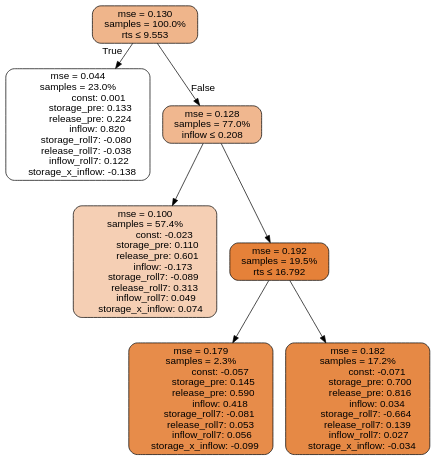
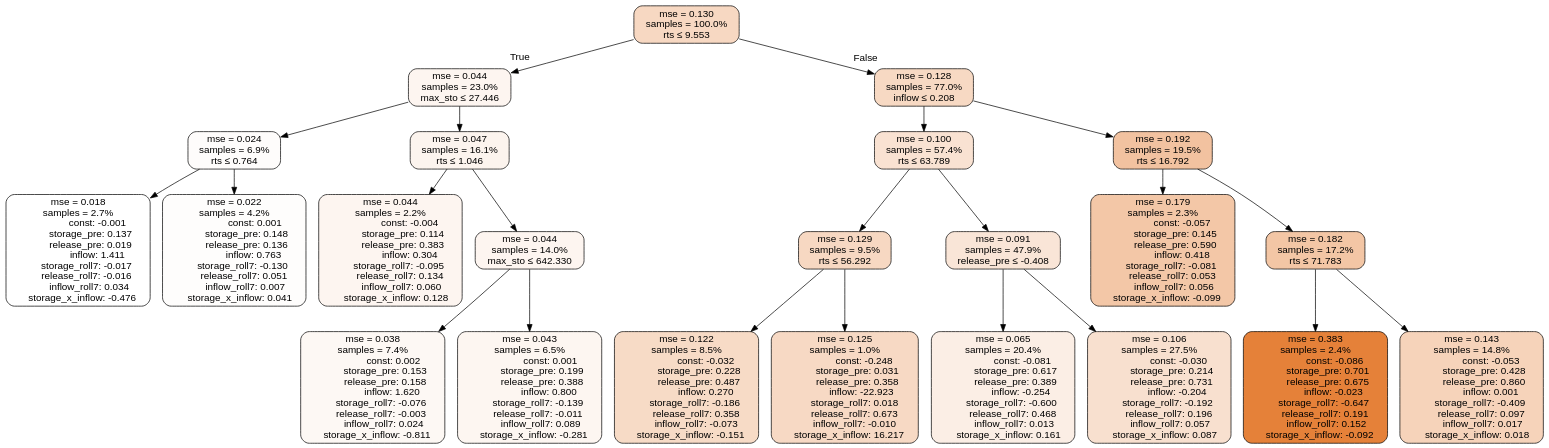
Before and after one commit to lcford2/predict-release: the diagram in results/tclr_model/all/TD4_RT_MS_exhaustive/tree.dot, drawn with Graphviz. The commit also changed 2 other files, not shown here.

```diff
--- a/results/tclr_model/all/TD4_RT_MS_exhaustive/tree.dot
+++ b/results/tclr_model/all/TD4_RT_MS_exhaustive/tree.dot
@@ -1,61 +1,181 @@
 digraph tree {
 bgcolor="transparent"
 node [shape=rectangle, style="filled, rounded", color="black", fontname=helvetica] ;
 edge [fontname=helvetica] ;
 	"0" [label="mse = 0.130
 samples = 100.0%
-rts &le; 9.553", fillcolor="#efb58b"]
+rts &le; 9.553", fillcolor="#f7d8c2"]
 	"1" [label="mse = 0.044
 samples = 23.0%
+max_sto &le; 27.446", fillcolor="#fdf5f0"]
+	"2" [label="mse = 0.024
+samples = 6.9%
+rts &le; 0.764", fillcolor="#fefcfb"]
+	"3" [label="mse = 0.018
+samples = 2.7%
+               const: -0.001
+          storage_pre: 0.137
+          release_pre: 0.019
+               inflow: 1.411
+       storage_roll7: -0.017
+       release_roll7: -0.016
+         inflow_roll7: 0.034
+    storage_x_inflow: -0.476", fillcolor="#ffffff"]
+	"4" [label="mse = 0.022
+samples = 4.2%
                 const: 0.001
-          storage_pre: 0.133
-          release_pre: 0.224
-               inflow: 0.820
-       storage_roll7: -0.080
-       release_roll7: -0.038
-         inflow_roll7: 0.122
-    storage_x_inflow: -0.138", fillcolor="#ffffff"]
-	"2" [label="mse = 0.128
+          storage_pre: 0.148
+          release_pre: 0.136
+               inflow: 0.763
+       storage_roll7: -0.130
+        release_roll7: 0.051
+         inflow_roll7: 0.007
+     storage_x_inflow: 0.041", fillcolor="#fefdfc"]
+	"5" [label="mse = 0.047
+samples = 16.1%
+rts &le; 1.046", fillcolor="#fcf4ee"]
+	"6" [label="mse = 0.044
+samples = 2.2%
+               const: -0.004
+          storage_pre: 0.114
+          release_pre: 0.383
+               inflow: 0.304
+       storage_roll7: -0.095
+        release_roll7: 0.134
+         inflow_roll7: 0.060
+     storage_x_inflow: 0.128", fillcolor="#fdf5f0"]
+	"7" [label="mse = 0.044
+samples = 14.0%
+max_sto &le; 642.330", fillcolor="#fdf5f0"]
+	"8" [label="mse = 0.038
+samples = 7.4%
+                const: 0.002
+          storage_pre: 0.153
+          release_pre: 0.158
+               inflow: 1.620
+       storage_roll7: -0.076
+       release_roll7: -0.003
+         inflow_roll7: 0.024
+    storage_x_inflow: -0.811", fillcolor="#fdf8f4"]
+	"9" [label="mse = 0.043
+samples = 6.5%
+                const: 0.001
+          storage_pre: 0.199
+          release_pre: 0.388
+               inflow: 0.800
+       storage_roll7: -0.139
+       release_roll7: -0.011
+         inflow_roll7: 0.089
+    storage_x_inflow: -0.281", fillcolor="#fdf6f1"]
+	"10" [label="mse = 0.128
 samples = 77.0%
-inflow &le; 0.208", fillcolor="#f0b78f"]
-	"3" [label="mse = 0.100
+inflow &le; 0.208", fillcolor="#f7d9c3"]
+	"11" [label="mse = 0.100
 samples = 57.4%
-               const: -0.023
-          storage_pre: 0.110
-          release_pre: 0.601
-              inflow: -0.173
-       storage_roll7: -0.089
-        release_roll7: 0.313
-         inflow_roll7: 0.049
-     storage_x_inflow: 0.074", fillcolor="#f5cfb4"]
-	"4" [label="mse = 0.192
+rts &le; 63.789", fillcolor="#f9e2d2"]
+	"12" [label="mse = 0.129
+samples = 9.5%
+rts &le; 56.292", fillcolor="#f7d8c2"]
+	"13" [label="mse = 0.122
+samples = 8.5%
+               const: -0.032
+          storage_pre: 0.228
+          release_pre: 0.487
+               inflow: 0.270
+       storage_roll7: -0.186
+        release_roll7: 0.358
+        inflow_roll7: -0.073
+    storage_x_inflow: -0.151", fillcolor="#f7dbc6"]
+	"14" [label="mse = 0.125
+samples = 1.0%
+               const: -0.248
+          storage_pre: 0.031
+          release_pre: 0.358
+             inflow: -22.923
+        storage_roll7: 0.018
+        release_roll7: 0.673
+        inflow_roll7: -0.010
+    storage_x_inflow: 16.217", fillcolor="#f7d9c4"]
+	"15" [label="mse = 0.091
+samples = 47.9%
+release_pre &le; -0.408", fillcolor="#f9e5d7"]
+	"16" [label="mse = 0.065
+samples = 20.4%
+               const: -0.081
+          storage_pre: 0.617
+          release_pre: 0.389
+              inflow: -0.254
+       storage_roll7: -0.600
+        release_roll7: 0.468
+         inflow_roll7: 0.013
+     storage_x_inflow: 0.161", fillcolor="#fbeee5"]
+	"17" [label="mse = 0.106
+samples = 27.5%
+               const: -0.030
+          storage_pre: 0.214
+          release_pre: 0.731
+              inflow: -0.204
+       storage_roll7: -0.192
+        release_roll7: 0.196
+         inflow_roll7: 0.057
+     storage_x_inflow: 0.087", fillcolor="#f8e0cf"]
+	"18" [label="mse = 0.192
 samples = 19.5%
-rts &le; 16.792", fillcolor="#e58139"]
-	"5" [label="mse = 0.179
+rts &le; 16.792", fillcolor="#f2c2a0"]
+	"19" [label="mse = 0.179
 samples = 2.3%
                const: -0.057
           storage_pre: 0.145
           release_pre: 0.590
                inflow: 0.418
        storage_roll7: -0.081
         release_roll7: 0.053
          inflow_roll7: 0.056
-    storage_x_inflow: -0.099", fillcolor="#e78c4a"]
-	"6" [label="mse = 0.182
+    storage_x_inflow: -0.099", fillcolor="#f3c7a7"]
+	"20" [label="mse = 0.182
 samples = 17.2%
-               const: -0.071
-          storage_pre: 0.700
-          release_pre: 0.816
-               inflow: 0.034
-       storage_roll7: -0.664
-        release_roll7: 0.139
-         inflow_roll7: 0.027
-    storage_x_inflow: -0.034", fillcolor="#e68945"]
+rts &le; 71.783", fillcolor="#f3c6a5"]
+	"21" [label="mse = 0.383
+samples = 2.4%
+               const: -0.086
+          storage_pre: 0.701
+          release_pre: 0.675
+              inflow: -0.023
+       storage_roll7: -0.647
+        release_roll7: 0.191
+         inflow_roll7: 0.152
+    storage_x_inflow: -0.092", fillcolor="#e58139"]
+	"22" [label="mse = 0.143
+samples = 14.8%
+               const: -0.053
+          storage_pre: 0.428
+          release_pre: 0.860
+               inflow: 0.001
+       storage_roll7: -0.409
+        release_roll7: 0.097
+         inflow_roll7: 0.017
+     storage_x_inflow: 0.018", fillcolor="#f6d3ba"]
 
 	"0" -> "1" [labeldistance=2.5, labelangle=45, headlabel="True"]
-	"0" -> "2" [labeldistance=2.5, labelangle=-45, headlabel="False"]
+	"1" -> "2"
 	"2" -> "3"
 	"2" -> "4"
-	"4" -> "5"
-	"4" -> "6"
+	"1" -> "5"
+	"5" -> "6"
+	"5" -> "7"
+	"7" -> "8"
+	"7" -> "9"
+	"0" -> "10" [labeldistance=2.5, labelangle=-45, headlabel="False"]
+	"10" -> "11"
+	"11" -> "12"
+	"12" -> "13"
+	"12" -> "14"
+	"11" -> "15"
+	"15" -> "16"
+	"15" -> "17"
+	"10" -> "18"
+	"18" -> "19"
+	"18" -> "20"
+	"20" -> "21"
+	"20" -> "22"
 }
```
